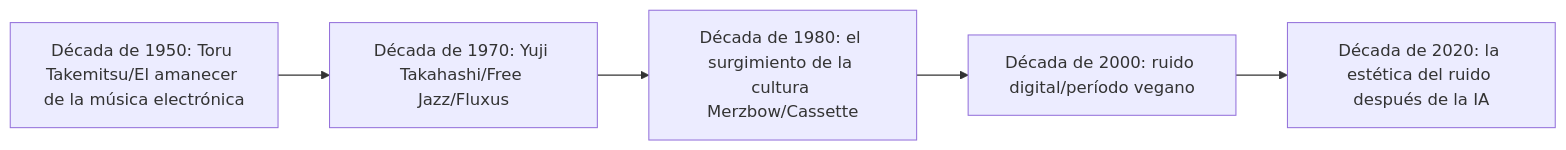
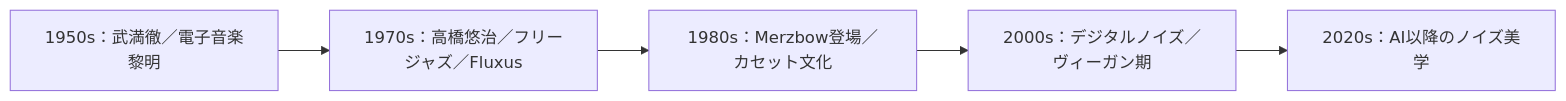
One commit to monumental-movement/monumental-movement.github.io changed the third of 4 diagrams in es/_posts/2025-10-26-column-merzbow.md. Above: the diagram before and after it, drawn with Mermaid. The commit also changed other lines of this file and 299 other files, not shown here.

```diff
--- a/es/_posts/2025-10-26-column-merzbow.md
+++ b/es/_posts/2025-10-26-column-merzbow.md
@@ -154,13 +154,13 @@
 <div class="mermaid">
 
 flowchart LR
 
-    T1["Década de 1950: Toru Takemitsu/El amanecer de la música electrónica"]
-    T2["Década de 1970: Yuji Takahashi/Free Jazz/Fluxus"]
-    T3["Década de 1980: el surgimiento de la cultura Merzbow/Cassette"]
-    T4["Década de 2000: ruido digital/período vegano"]
-    T5["Década de 2020: la estética del ruido después de la IA"]
+    T1["1950s：武満徹／電子音楽黎明"]
+    T2["1970s：高橋悠治／フリージャズ／Fluxus"]
+    T3["1980s：Merzbow登場／カセット文化"]
+    T4["2000s：デジタルノイズ／ヴィーガン期"]
+    T5["2020s：AI以降のノイズ美学"]
 
     T1 --> T2 --> T3 --> T4 --> T5
 
 </div>
```
